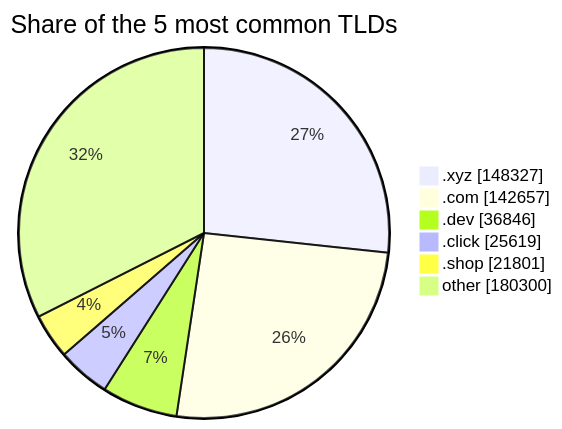
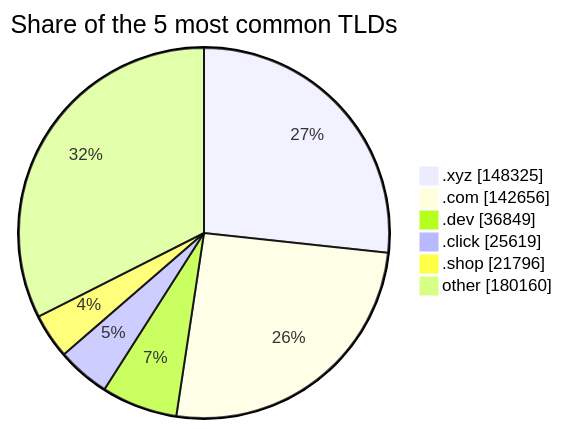
The third of 3 diagrams in README.md (DNSBunker/CTI), drawn with Mermaid before and after one commit. The commit also changed other lines of this file and 3 other files, not shown here.

````diff
--- a/README.md
+++ b/README.md
@@ -81,9 +81,9 @@
 ```mermaid
 pie showData title Share of the 5 most common TLDs
-    ".xyz" : 148327
-    ".com" : 142657
-    ".dev" : 36846
+    ".xyz" : 148325
+    ".com" : 142656
+    ".dev" : 36849
     ".click" : 25619
-    ".shop" : 21801
-    "other" : 180300
+    ".shop" : 21796
+    "other" : 180160
 ```
````
